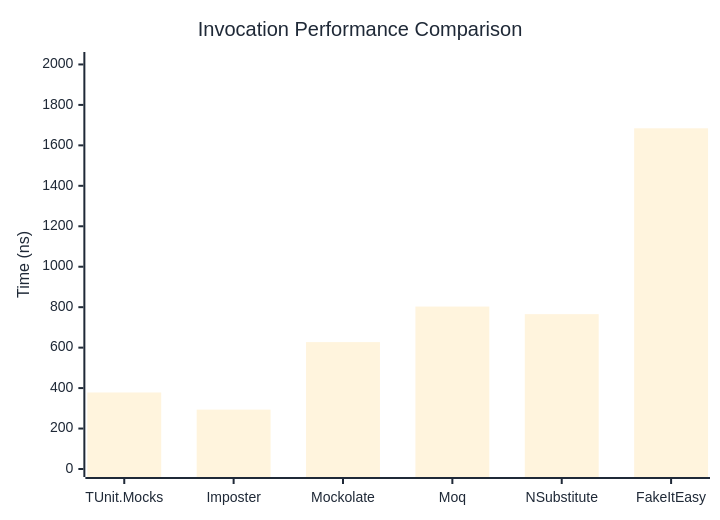
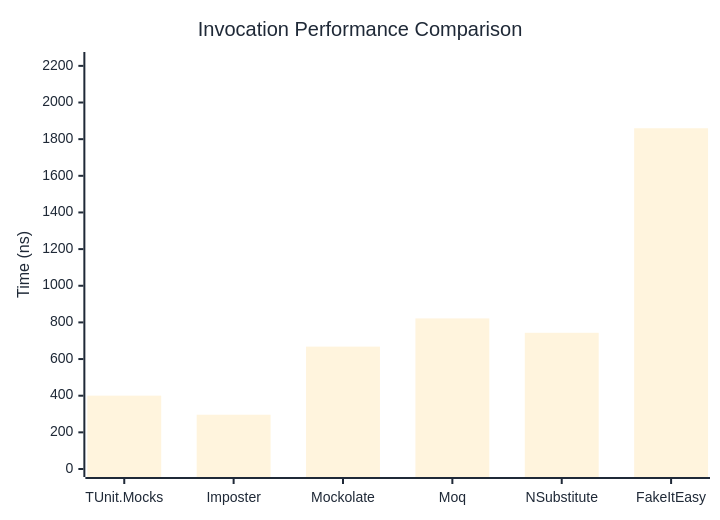
Before and after one commit to thomhurst/TUnit: the first of 3 diagrams in docs/docs/benchmarks/mocks/Invocation.md, drawn with Mermaid. The commit also changed other lines of this file and 14 other files, not shown here.

````diff
--- a/docs/docs/benchmarks/mocks/Invocation.md
+++ b/docs/docs/benchmarks/mocks/Invocation.md
@@ -28,27 +28,27 @@
 ```mermaid
 %%{init: {
   'theme':'base',
   'themeVariables': {
     'primaryColor': '#2563eb',
     'primaryTextColor': '#1f2937',
     'primaryBorderColor': '#1e40af',
     'lineColor': '#6b7280',
     'secondaryColor': '#7c3aed',
     'tertiaryColor': '#dc2626',
     'background': '#ffffff',
     'pie1': '#2563eb',
     'pie2': '#7c3aed',
     'pie3': '#dc2626',
     'pie4': '#f59e0b',
     'pie5': '#10b981',
     'pie6': '#06b6d4',
     'pie7': '#ec4899',
     'pie8': '#6366f1'
   }
 }}%%
 xychart-beta
   title "Invocation Performance Comparison"
   x-axis ["TUnit.Mocks", "Imposter", "Mockolate", "Moq", "NSubstitute", "FakeItEasy"]
-  y-axis "Time (ns)" 0 --> 2022
-  bar [378.3, 293.6, 627.4, 803.1, 765.5, 1684.3]
+  y-axis "Time (ns)" 0 --> 2232
+  bar [400.3, 296.2, 667.8, 821.8, 743.4, 1859.5]
 ```
````
